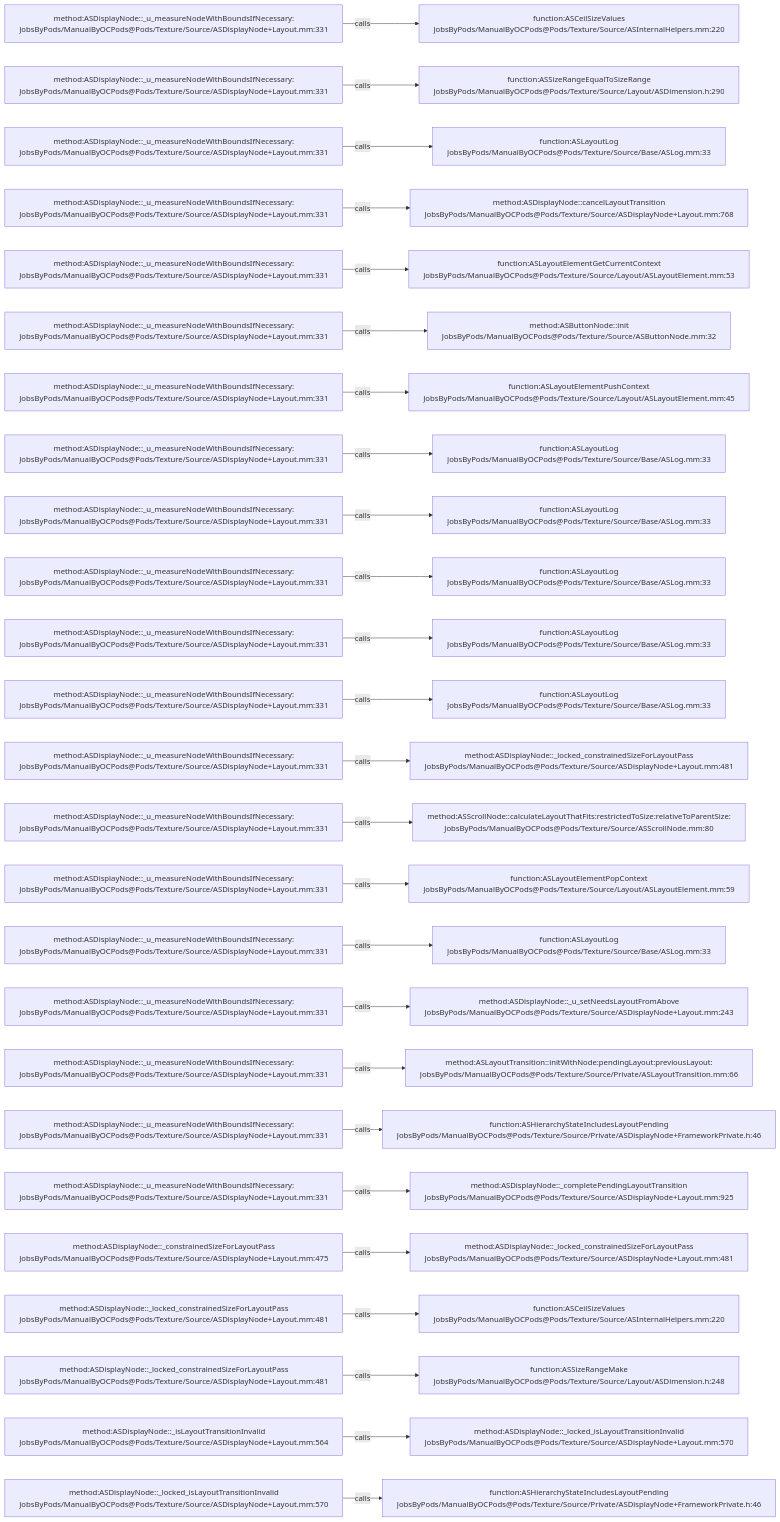
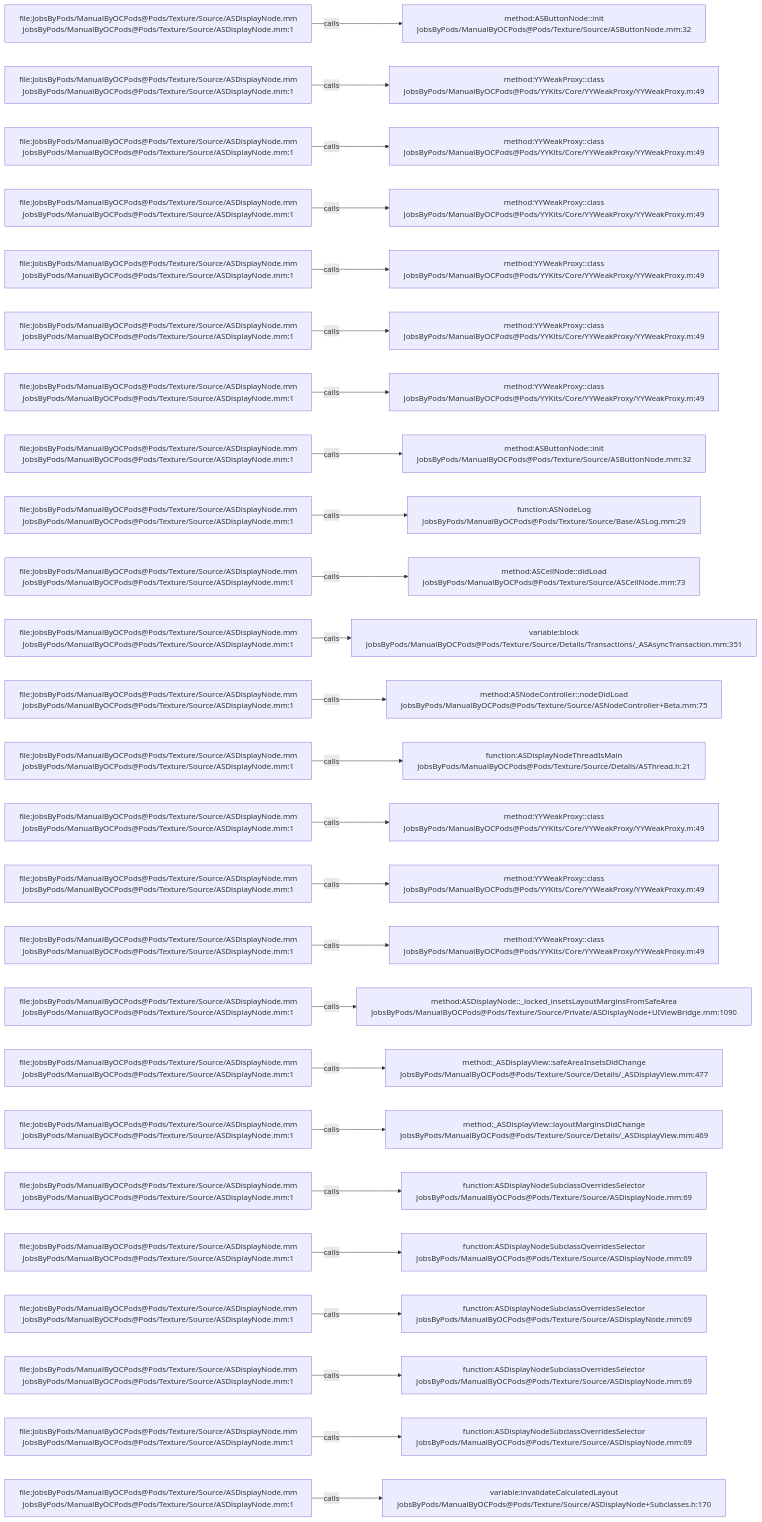
The diagram in .codegraph/codegraph.md/graphs/calls-083.md (JobsKits/JobsOCBaseConfigDemo), drawn with Mermaid before and after one commit. The commit also changed 2723 other files, not shown here.

````diff
--- a/.codegraph/codegraph.md/graphs/calls-083.md
+++ b/.codegraph/codegraph.md/graphs/calls-083.md
@@ -13,78 +13,78 @@
 ```mermaid
 flowchart LR
-  S1["method:ASDisplayNode::_u_measureNodeWithBoundsIfNecessary:<br/>JobsByPods/ManualByOCPods@Pods/Texture/Source/ASDisplayNode+Layout.mm:331"]
-  T1["function:ASCeilSizeValues<br/>JobsByPods/ManualByOCPods@Pods/Texture/Source/ASInternalHelpers.mm:220"]
+  S1["file:JobsByPods/ManualByOCPods@Pods/Texture/Source/ASDisplayNode.mm<br/>JobsByPods/ManualByOCPods@Pods/Texture/Source/ASDisplayNode.mm:1"]
+  T1["method:ASButtonNode::init<br/>JobsByPods/ManualByOCPods@Pods/Texture/Source/ASButtonNode.mm:32"]
   S1 -->|calls| T1
-  S2["method:ASDisplayNode::_u_measureNodeWithBoundsIfNecessary:<br/>JobsByPods/ManualByOCPods@Pods/Texture/Source/ASDisplayNode+Layout.mm:331"]
-  T2["function:ASSizeRangeEqualToSizeRange<br/>JobsByPods/ManualByOCPods@Pods/Texture/Source/Layout/ASDimension.h:290"]
+  S2["file:JobsByPods/ManualByOCPods@Pods/Texture/Source/ASDisplayNode.mm<br/>JobsByPods/ManualByOCPods@Pods/Texture/Source/ASDisplayNode.mm:1"]
+  T2["method:YYWeakProxy::class<br/>JobsByPods/ManualByOCPods@Pods/YYKits/Core/YYWeakProxy/YYWeakProxy.m:49"]
   S2 -->|calls| T2
-  S3["method:ASDisplayNode::_u_measureNodeWithBoundsIfNecessary:<br/>JobsByPods/ManualByOCPods@Pods/Texture/Source/ASDisplayNode+Layout.mm:331"]
-  T3["function:ASLayoutLog<br/>JobsByPods/ManualByOCPods@Pods/Texture/Source/Base/ASLog.mm:33"]
+  S3["file:JobsByPods/ManualByOCPods@Pods/Texture/Source/ASDisplayNode.mm<br/>JobsByPods/ManualByOCPods@Pods/Texture/Source/ASDisplayNode.mm:1"]
+  T3["method:YYWeakProxy::class<br/>JobsByPods/ManualByOCPods@Pods/YYKits/Core/YYWeakProxy/YYWeakProxy.m:49"]
   S3 -->|calls| T3
-  S4["method:ASDisplayNode::_u_measureNodeWithBoundsIfNecessary:<br/>JobsByPods/ManualByOCPods@Pods/Texture/Source/ASDisplayNode+Layout.mm:331"]
-  T4["method:ASDisplayNode::cancelLayoutTransition<br/>JobsByPods/ManualByOCPods@Pods/Texture/Source/ASDisplayNode+Layout.mm:768"]
+  S4["file:JobsByPods/ManualByOCPods@Pods/Texture/Source/ASDisplayNode.mm<br/>JobsByPods/ManualByOCPods@Pods/Texture/Source/ASDisplayNode.mm:1"]
+  T4["method:YYWeakProxy::class<br/>JobsByPods/ManualByOCPods@Pods/YYKits/Core/YYWeakProxy/YYWeakProxy.m:49"]
   S4 -->|calls| T4
-  S5["method:ASDisplayNode::_u_measureNodeWithBoundsIfNecessary:<br/>JobsByPods/ManualByOCPods@Pods/Texture/Source/ASDisplayNode+Layout.mm:331"]
-  T5["function:ASLayoutElementGetCurrentContext<br/>JobsByPods/ManualByOCPods@Pods/Texture/Source/Layout/ASLayoutElement.mm:53"]
+  S5["file:JobsByPods/ManualByOCPods@Pods/Texture/Source/ASDisplayNode.mm<br/>JobsByPods/ManualByOCPods@Pods/Texture/Source/ASDisplayNode.mm:1"]
+  T5["method:YYWeakProxy::class<br/>JobsByPods/ManualByOCPods@Pods/YYKits/Core/YYWeakProxy/YYWeakProxy.m:49"]
   S5 -->|calls| T5
-  S6["method:ASDisplayNode::_u_measureNodeWithBoundsIfNecessary:<br/>JobsByPods/ManualByOCPods@Pods/Texture/Source/ASDisplayNode+Layout.mm:331"]
-  T6["method:ASButtonNode::init<br/>JobsByPods/ManualByOCPods@Pods/Texture/Source/ASButtonNode.mm:32"]
+  S6["file:JobsByPods/ManualByOCPods@Pods/Texture/Source/ASDisplayNode.mm<br/>JobsByPods/ManualByOCPods@Pods/Texture/Source/ASDisplayNode.mm:1"]
+  T6["method:YYWeakProxy::class<br/>JobsByPods/ManualByOCPods@Pods/YYKits/Core/YYWeakProxy/YYWeakProxy.m:49"]
   S6 -->|calls| T6
-  S7["method:ASDisplayNode::_u_measureNodeWithBoundsIfNecessary:<br/>JobsByPods/ManualByOCPods@Pods/Texture/Source/ASDisplayNode+Layout.mm:331"]
-  T7["function:ASLayoutElementPushContext<br/>JobsByPods/ManualByOCPods@Pods/Texture/Source/Layout/ASLayoutElement.mm:45"]
+  S7["file:JobsByPods/ManualByOCPods@Pods/Texture/Source/ASDisplayNode.mm<br/>JobsByPods/ManualByOCPods@Pods/Texture/Source/ASDisplayNode.mm:1"]
+  T7["method:YYWeakProxy::class<br/>JobsByPods/ManualByOCPods@Pods/YYKits/Core/YYWeakProxy/YYWeakProxy.m:49"]
   S7 -->|calls| T7
-  S8["method:ASDisplayNode::_u_measureNodeWithBoundsIfNecessary:<br/>JobsByPods/ManualByOCPods@Pods/Texture/Source/ASDisplayNode+Layout.mm:331"]
-  T8["function:ASLayoutLog<br/>JobsByPods/ManualByOCPods@Pods/Texture/Source/Base/ASLog.mm:33"]
+  S8["file:JobsByPods/ManualByOCPods@Pods/Texture/Source/ASDisplayNode.mm<br/>JobsByPods/ManualByOCPods@Pods/Texture/Source/ASDisplayNode.mm:1"]
+  T8["method:ASButtonNode::init<br/>JobsByPods/ManualByOCPods@Pods/Texture/Source/ASButtonNode.mm:32"]
   S8 -->|calls| T8
-  S9["method:ASDisplayNode::_u_measureNodeWithBoundsIfNecessary:<br/>JobsByPods/ManualByOCPods@Pods/Texture/Source/ASDisplayNode+Layout.mm:331"]
-  T9["function:ASLayoutLog<br/>JobsByPods/ManualByOCPods@Pods/Texture/Source/Base/ASLog.mm:33"]
+  S9["file:JobsByPods/ManualByOCPods@Pods/Texture/Source/ASDisplayNode.mm<br/>JobsByPods/ManualByOCPods@Pods/Texture/Source/ASDisplayNode.mm:1"]
+  T9["function:ASNodeLog<br/>JobsByPods/ManualByOCPods@Pods/Texture/Source/Base/ASLog.mm:29"]
   S9 -->|calls| T9
-  S10["method:ASDisplayNode::_u_measureNodeWithBoundsIfNecessary:<br/>JobsByPods/ManualByOCPods@Pods/Texture/Source/ASDisplayNode+Layout.mm:331"]
-  T10["function:ASLayoutLog<br/>JobsByPods/ManualByOCPods@Pods/Texture/Source/Base/ASLog.mm:33"]
+  S10["file:JobsByPods/ManualByOCPods@Pods/Texture/Source/ASDisplayNode.mm<br/>JobsByPods/ManualByOCPods@Pods/Texture/Source/ASDisplayNode.mm:1"]
+  T10["method:ASCellNode::didLoad<br/>JobsByPods/ManualByOCPods@Pods/Texture/Source/ASCellNode.mm:73"]
   S10 -->|calls| T10
-  S11["method:ASDisplayNode::_u_measureNodeWithBoundsIfNecessary:<br/>JobsByPods/ManualByOCPods@Pods/Texture/Source/ASDisplayNode+Layout.mm:331"]
-  T11["function:ASLayoutLog<br/>JobsByPods/ManualByOCPods@Pods/Texture/Source/Base/ASLog.mm:33"]
+  S11["file:JobsByPods/ManualByOCPods@Pods/Texture/Source/ASDisplayNode.mm<br/>JobsByPods/ManualByOCPods@Pods/Texture/Source/ASDisplayNode.mm:1"]
+  T11["variable:block<br/>JobsByPods/ManualByOCPods@Pods/Texture/Source/Details/Transactions/_ASAsyncTransaction.mm:351"]
   S11 -->|calls| T11
-  S12["method:ASDisplayNode::_u_measureNodeWithBoundsIfNecessary:<br/>JobsByPods/ManualByOCPods@Pods/Texture/Source/ASDisplayNode+Layout.mm:331"]
-  T12["function:ASLayoutLog<br/>JobsByPods/ManualByOCPods@Pods/Texture/Source/Base/ASLog.mm:33"]
+  S12["file:JobsByPods/ManualByOCPods@Pods/Texture/Source/ASDisplayNode.mm<br/>JobsByPods/ManualByOCPods@Pods/Texture/Source/ASDisplayNode.mm:1"]
+  T12["method:ASNodeController::nodeDidLoad<br/>JobsByPods/ManualByOCPods@Pods/Texture/Source/ASNodeController+Beta.mm:75"]
   S12 -->|calls| T12
-  S13["method:ASDisplayNode::_u_measureNodeWithBoundsIfNecessary:<br/>JobsByPods/ManualByOCPods@Pods/Texture/Source/ASDisplayNode+Layout.mm:331"]
-  T13["method:ASDisplayNode::_locked_constrainedSizeForLayoutPass<br/>JobsByPods/ManualByOCPods@Pods/Texture/Source/ASDisplayNode+Layout.mm:481"]
+  S13["file:JobsByPods/ManualByOCPods@Pods/Texture/Source/ASDisplayNode.mm<br/>JobsByPods/ManualByOCPods@Pods/Texture/Source/ASDisplayNode.mm:1"]
+  T13["function:ASDisplayNodeThreadIsMain<br/>JobsByPods/ManualByOCPods@Pods/Texture/Source/Details/ASThread.h:21"]
   S13 -->|calls| T13
-  S14["method:ASDisplayNode::_u_measureNodeWithBoundsIfNecessary:<br/>JobsByPods/ManualByOCPods@Pods/Texture/Source/ASDisplayNode+Layout.mm:331"]
-  T14["method:ASScrollNode::calculateLayoutThatFits:restrictedToSize:relativeToParentSize:<br/>JobsByPods/ManualByOCPods@Pods/Texture/Source/ASScrollNode.mm:80"]
+  S14["file:JobsByPods/ManualByOCPods@Pods/Texture/Source/ASDisplayNode.mm<br/>JobsByPods/ManualByOCPods@Pods/Texture/Source/ASDisplayNode.mm:1"]
+  T14["method:YYWeakProxy::class<br/>JobsByPods/ManualByOCPods@Pods/YYKits/Core/YYWeakProxy/YYWeakProxy.m:49"]
   S14 -->|calls| T14
-  S15["method:ASDisplayNode::_u_measureNodeWithBoundsIfNecessary:<br/>JobsByPods/ManualByOCPods@Pods/Texture/Source/ASDisplayNode+Layout.mm:331"]
-  T15["function:ASLayoutElementPopContext<br/>JobsByPods/ManualByOCPods@Pods/Texture/Source/Layout/ASLayoutElement.mm:59"]
+  S15["file:JobsByPods/ManualByOCPods@Pods/Texture/Source/ASDisplayNode.mm<br/>JobsByPods/ManualByOCPods@Pods/Texture/Source/ASDisplayNode.mm:1"]
+  T15["method:YYWeakProxy::class<br/>JobsByPods/ManualByOCPods@Pods/YYKits/Core/YYWeakProxy/YYWeakProxy.m:49"]
   S15 -->|calls| T15
-  S16["method:ASDisplayNode::_u_measureNodeWithBoundsIfNecessary:<br/>JobsByPods/ManualByOCPods@Pods/Texture/Source/ASDisplayNode+Layout.mm:331"]
-  T16["function:ASLayoutLog<br/>JobsByPods/ManualByOCPods@Pods/Texture/Source/Base/ASLog.mm:33"]
+  S16["file:JobsByPods/ManualByOCPods@Pods/Texture/Source/ASDisplayNode.mm<br/>JobsByPods/ManualByOCPods@Pods/Texture/Source/ASDisplayNode.mm:1"]
+  T16["method:YYWeakProxy::class<br/>JobsByPods/ManualByOCPods@Pods/YYKits/Core/YYWeakProxy/YYWeakProxy.m:49"]
   S16 -->|calls| T16
-  S17["method:ASDisplayNode::_u_measureNodeWithBoundsIfNecessary:<br/>JobsByPods/ManualByOCPods@Pods/Texture/Source/ASDisplayNode+Layout.mm:331"]
-  T17["method:ASDisplayNode::_u_setNeedsLayoutFromAbove<br/>JobsByPods/ManualByOCPods@Pods/Texture/Source/ASDisplayNode+Layout.mm:243"]
+  S17["file:JobsByPods/ManualByOCPods@Pods/Texture/Source/ASDisplayNode.mm<br/>JobsByPods/ManualByOCPods@Pods/Texture/Source/ASDisplayNode.mm:1"]
+  T17["method:ASDisplayNode::_locked_insetsLayoutMarginsFromSafeArea<br/>JobsByPods/ManualByOCPods@Pods/Texture/Source/Private/ASDisplayNode+UIViewBridge.mm:1090"]
   S17 -->|calls| T17
-  S18["method:ASDisplayNode::_u_measureNodeWithBoundsIfNecessary:<br/>JobsByPods/ManualByOCPods@Pods/Texture/Source/ASDisplayNode+Layout.mm:331"]
-  T18["method:ASLayoutTransition::initWithNode:pendingLayout:previousLayout:<br/>JobsByPods/ManualByOCPods@Pods/Texture/Source/Private/ASLayoutTransition.mm:66"]
+  S18["file:JobsByPods/ManualByOCPods@Pods/Texture/Source/ASDisplayNode.mm<br/>JobsByPods/ManualByOCPods@Pods/Texture/Source/ASDisplayNode.mm:1"]
+  T18["method:_ASDisplayView::safeAreaInsetsDidChange<br/>JobsByPods/ManualByOCPods@Pods/Texture/Source/Details/_ASDisplayView.mm:477"]
   S18 -->|calls| T18
-  S19["method:ASDisplayNode::_u_measureNodeWithBoundsIfNecessary:<br/>JobsByPods/ManualByOCPods@Pods/Texture/Source/ASDisplayNode+Layout.mm:331"]
-  T19["function:ASHierarchyStateIncludesLayoutPending<br/>JobsByPods/ManualByOCPods@Pods/Texture/Source/Private/ASDisplayNode+FrameworkPrivate.h:46"]
+  S19["file:JobsByPods/ManualByOCPods@Pods/Texture/Source/ASDisplayNode.mm<br/>JobsByPods/ManualByOCPods@Pods/Texture/Source/ASDisplayNode.mm:1"]
+  T19["method:_ASDisplayView::layoutMarginsDidChange<br/>JobsByPods/ManualByOCPods@Pods/Texture/Source/Details/_ASDisplayView.mm:469"]
   S19 -->|calls| T19
-  S20["method:ASDisplayNode::_u_measureNodeWithBoundsIfNecessary:<br/>JobsByPods/ManualByOCPods@Pods/Texture/Source/ASDisplayNode+Layout.mm:331"]
-  T20["method:ASDisplayNode::_completePendingLayoutTransition<br/>JobsByPods/ManualByOCPods@Pods/Texture/Source/ASDisplayNode+Layout.mm:925"]
+  S20["file:JobsByPods/ManualByOCPods@Pods/Texture/Source/ASDisplayNode.mm<br/>JobsByPods/ManualByOCPods@Pods/Texture/Source/ASDisplayNode.mm:1"]
+  T20["function:ASDisplayNodeSubclassOverridesSelector<br/>JobsByPods/ManualByOCPods@Pods/Texture/Source/ASDisplayNode.mm:69"]
   S20 -->|calls| T20
-  S21["method:ASDisplayNode::_constrainedSizeForLayoutPass<br/>JobsByPods/ManualByOCPods@Pods/Texture/Source/ASDisplayNode+Layout.mm:475"]
-  T21["method:ASDisplayNode::_locked_constrainedSizeForLayoutPass<br/>JobsByPods/ManualByOCPods@Pods/Texture/Source/ASDisplayNode+Layout.mm:481"]
+  S21["file:JobsByPods/ManualByOCPods@Pods/Texture/Source/ASDisplayNode.mm<br/>JobsByPods/ManualByOCPods@Pods/Texture/Source/ASDisplayNode.mm:1"]
+  T21["function:ASDisplayNodeSubclassOverridesSelector<br/>JobsByPods/ManualByOCPods@Pods/Texture/Source/ASDisplayNode.mm:69"]
   S21 -->|calls| T21
-  S22["method:ASDisplayNode::_locked_constrainedSizeForLayoutPass<br/>JobsByPods/ManualByOCPods@Pods/Texture/Source/ASDisplayNode+Layout.mm:481"]
-  T22["function:ASCeilSizeValues<br/>JobsByPods/ManualByOCPods@Pods/Texture/Source/ASInternalHelpers.mm:220"]
+  S22["file:JobsByPods/ManualByOCPods@Pods/Texture/Source/ASDisplayNode.mm<br/>JobsByPods/ManualByOCPods@Pods/Texture/Source/ASDisplayNode.mm:1"]
+  T22["function:ASDisplayNodeSubclassOverridesSelector<br/>JobsByPods/ManualByOCPods@Pods/Texture/Source/ASDisplayNode.mm:69"]
   S22 -->|calls| T22
-  S23["method:ASDisplayNode::_locked_constrainedSizeForLayoutPass<br/>JobsByPods/ManualByOCPods@Pods/Texture/Source/ASDisplayNode+Layout.mm:481"]
-  T23["function:ASSizeRangeMake<br/>JobsByPods/ManualByOCPods@Pods/Texture/Source/Layout/ASDimension.h:248"]
+  S23["file:JobsByPods/ManualByOCPods@Pods/Texture/Source/ASDisplayNode.mm<br/>JobsByPods/ManualByOCPods@Pods/Texture/Source/ASDisplayNode.mm:1"]
+  T23["function:ASDisplayNodeSubclassOverridesSelector<br/>JobsByPods/ManualByOCPods@Pods/Texture/Source/ASDisplayNode.mm:69"]
   S23 -->|calls| T23
-  S24["method:ASDisplayNode::_isLayoutTransitionInvalid<br/>JobsByPods/ManualByOCPods@Pods/Texture/Source/ASDisplayNode+Layout.mm:564"]
-  T24["method:ASDisplayNode::_locked_isLayoutTransitionInvalid<br/>JobsByPods/ManualByOCPods@Pods/Texture/Source/ASDisplayNode+Layout.mm:570"]
+  S24["file:JobsByPods/ManualByOCPods@Pods/Texture/Source/ASDisplayNode.mm<br/>JobsByPods/ManualByOCPods@Pods/Texture/Source/ASDisplayNode.mm:1"]
+  T24["function:ASDisplayNodeSubclassOverridesSelector<br/>JobsByPods/ManualByOCPods@Pods/Texture/Source/ASDisplayNode.mm:69"]
   S24 -->|calls| T24
-  S25["method:ASDisplayNode::_locked_isLayoutTransitionInvalid<br/>JobsByPods/ManualByOCPods@Pods/Texture/Source/ASDisplayNode+Layout.mm:570"]
-  T25["function:ASHierarchyStateIncludesLayoutPending<br/>JobsByPods/ManualByOCPods@Pods/Texture/Source/Private/ASDisplayNode+FrameworkPrivate.h:46"]
+  S25["file:JobsByPods/ManualByOCPods@Pods/Texture/Source/ASDisplayNode.mm<br/>JobsByPods/ManualByOCPods@Pods/Texture/Source/ASDisplayNode.mm:1"]
+  T25["variable:invalidateCalculatedLayout<br/>JobsByPods/ManualByOCPods@Pods/Texture/Source/ASDisplayNode+Subclasses.h:170"]
   S25 -->|calls| T25
 ```
````
